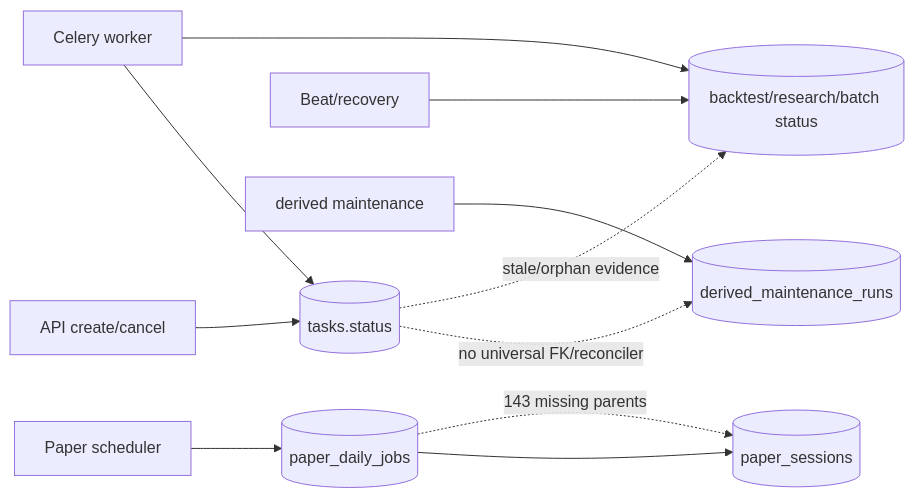
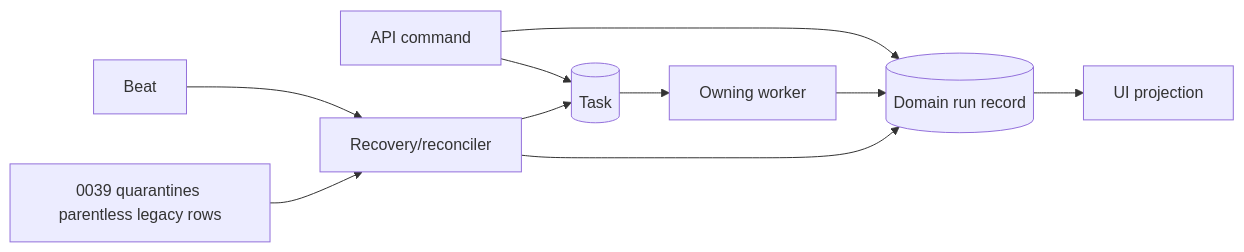
Before and after one commit to magic-alt/lean-local-platform: the eighth of 9 diagrams in docs/audit/actual-environment-system-review-2026-08-02.md, drawn with Mermaid. The commit also changed other lines of this file and 35 other files, not shown here.

````diff
--- a/docs/audit/actual-environment-system-review-2026-08-02.md
+++ b/docs/audit/actual-environment-system-review-2026-08-02.md
@@ -228,13 +218,11 @@
 ```mermaid
 flowchart LR
-  API[API create/cancel] --> TASK[(tasks.status)]
-  WORK[Celery worker] --> TASK
-  WORK --> DOMAIN[(backtest/research/batch status)]
-  BEAT[Beat/recovery] --> DOMAIN
-  DM[derived maintenance] --> DMR[(derived_maintenance_runs)]
-  PJ[Paper scheduler] --> JOB[(paper_daily_jobs)]
-  JOB --> SESSION[(paper_sessions)]
-  TASK -. no universal FK/reconciler .-> DMR
-  TASK -. stale/orphan evidence .-> DOMAIN
-  JOB -. 143 missing parents .-> SESSION
+  API[API command] --> RR[(Domain run record)]
+  API --> T[(Task)]
+  T --> W[Owning worker]
+  W --> RR
+  BEAT[Beat] --> REC[Recovery/reconciler]
+  REC --> T & RR
+  RR --> UI[UI projection]
+  NOTE[0039 quarantines parentless legacy rows] --> REC
 ```
````
